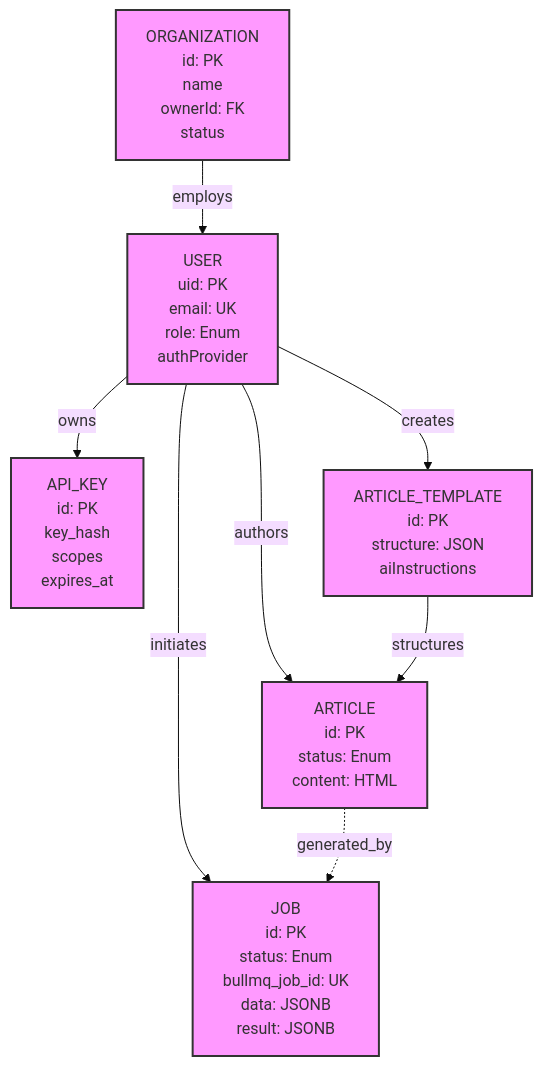
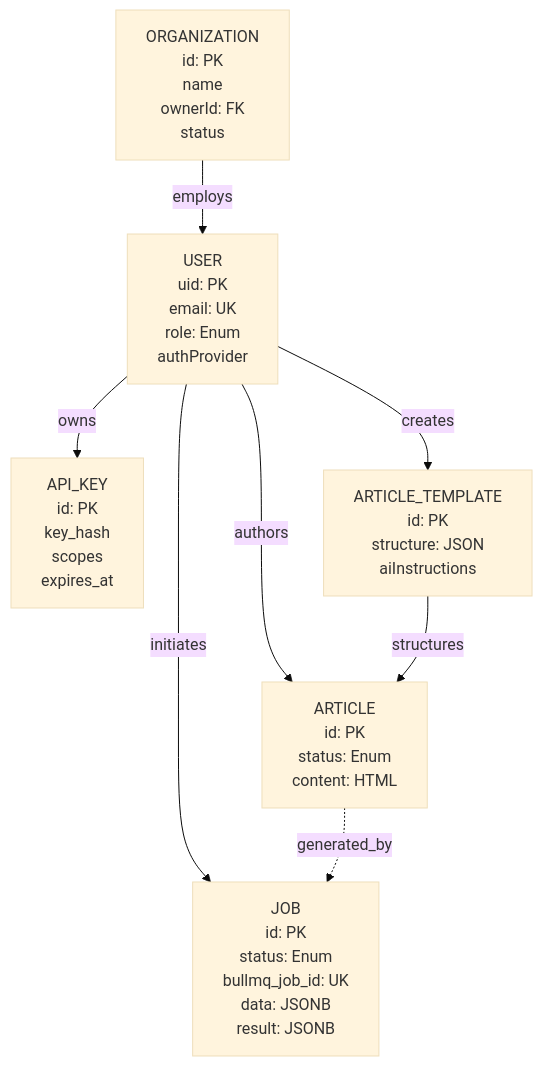
Before and after one commit to nishuns/taughtcode-server: the first of 5 diagrams in docs/architecture/erd.md, drawn with Mermaid (base theme). The commit also changed other lines of this file, not shown here.

Commit message:
style(docs): remove custom colors from architecture diagrams for a cleaner look

````diff
--- a/docs/architecture/erd.md
+++ b/docs/architecture/erd.md
@@ -9,24 +9,20 @@
 ```mermaid
 flowchart TD
     %% Entities represented as nodes
     Organization[ORGANIZATION<br/>id: PK<br/>name<br/>ownerId: FK<br/>status]
     User[USER<br/>uid: PK<br/>email: UK<br/>role: Enum<br/>authProvider]
     ApiKey[API_KEY<br/>id: PK<br/>key_hash<br/>scopes<br/>expires_at]
     Template[ARTICLE_TEMPLATE<br/>id: PK<br/>structure: JSON<br/>aiInstructions]
     Article[ARTICLE<br/>id: PK<br/>status: Enum<br/>content: HTML]
     Job[JOB<br/>id: PK<br/>status: Enum<br/>bullmq_job_id: UK<br/>data: JSONB<br/>result: JSONB]
 
     %% Relationships
     Organization -->|employs| User
     User -->|authors| Article
     User -->|initiates| Job
     User -->|creates| Template
     User -->|owns| ApiKey
     
     Template -->|structures| Article
     Article -.->|generated_by| Job
-    
-    %% Styling
-    classDef entity fill:#f9f,stroke:#333,stroke-width:2px;
-    class Organization,User,ApiKey,Template,Article,Job entity;
 ```
````
